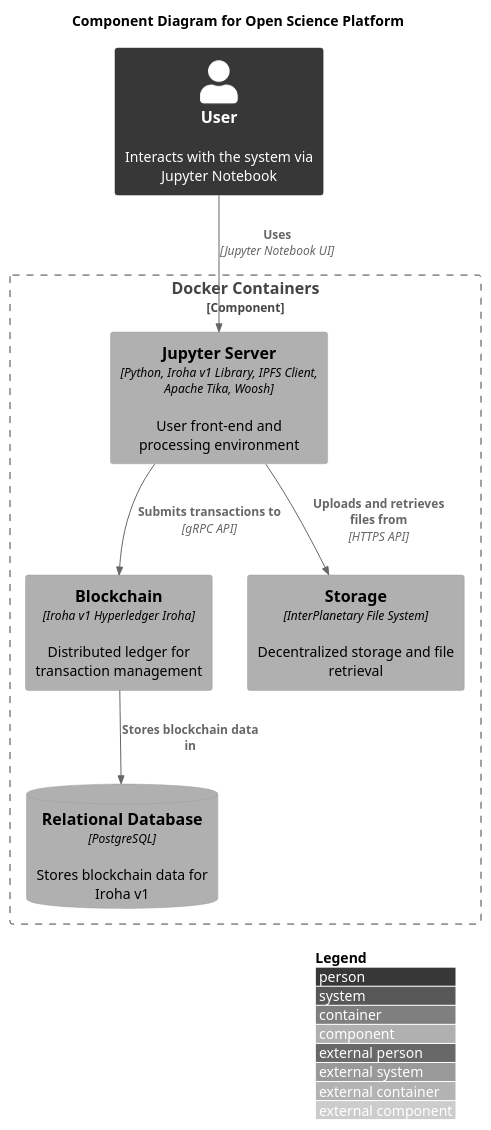
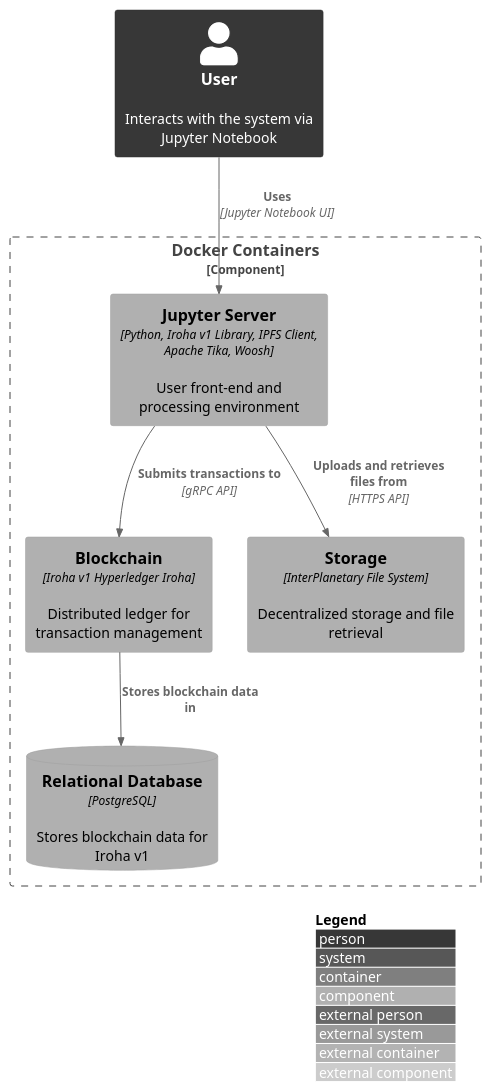
One commit to OliveiraEdu/d-OSP changed the diagram in diagrams/plantUML/c4_component_diagram.wsd. Above: the diagram before and after it, drawn with PlantUML. The commit also changed 110 other files, not shown here.

```diff
--- a/diagrams/plantUML/c4_component_diagram.wsd
+++ b/diagrams/plantUML/c4_component_diagram.wsd
@@ -1,24 +1,24 @@
 @startuml
 !include https://raw.githubusercontent.com/plantuml-stdlib/C4-PlantUML/master/C4_Component.puml
 skinparam monochrome true
 
 
 LAYOUT_WITH_LEGEND()
 
-title Component Diagram for Open Science Platform
+' title Component Diagram for Open Science Platform
 
 Person(user, "User", "Interacts with the system via Jupyter Notebook")
 
 Boundary(docker_env, "Docker Containers",  $type="Component") {
     Component(jupyter, "Jupyter Server", "Python, Iroha v1 Library, IPFS Client, Apache Tika, Woosh", "User front-end and processing environment")
     Component(iroha, "Blockchain", "Iroha v1 Hyperledger Iroha", "Distributed ledger for transaction management")
     ComponentDb(db, "Relational Database", "PostgreSQL", "Stores blockchain data for Iroha v1")
     Component(ipfs, "Storage", "InterPlanetary File System", "Decentralized storage and file retrieval")
 }
 
 Rel(user, jupyter, "Uses", "Jupyter Notebook UI")
 Rel(jupyter, iroha, "Submits transactions to", "gRPC API")
 Rel(jupyter, ipfs, "Uploads and retrieves files from", "HTTPS API")
 Rel(iroha, db, "Stores blockchain data in")
 
 @enduml
```
